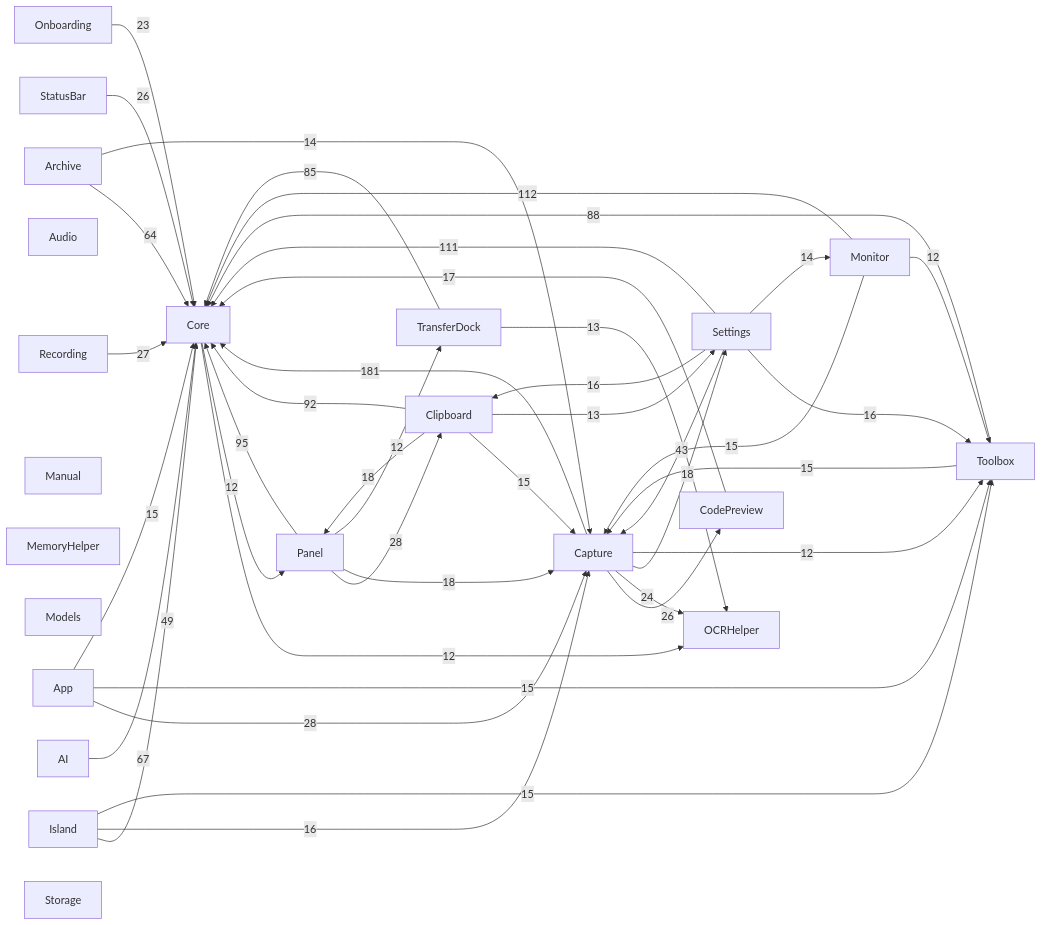
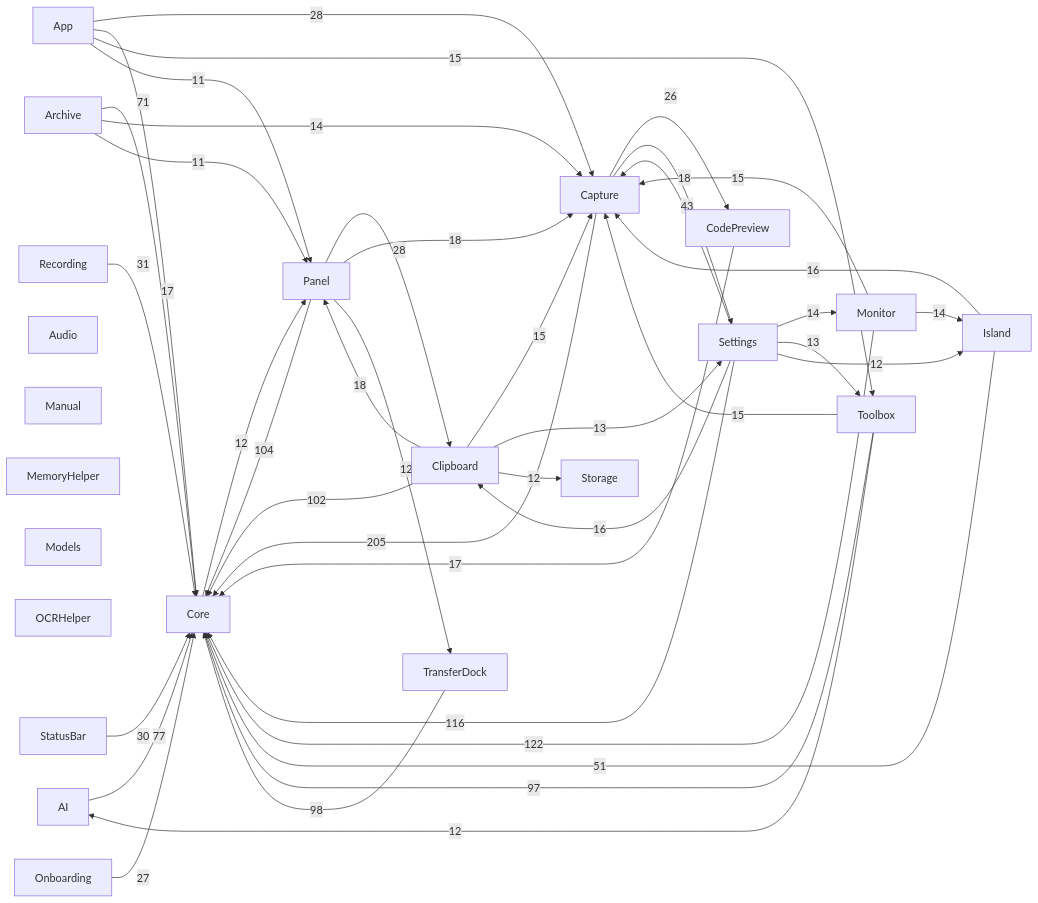
One commit to sxyq/Kitnest changed the diagram in docs/00-总览/模块依赖图.md. Above: the diagram before and after it, drawn with Mermaid. The commit also changed other lines of this file and 12 other files, not shown here.

````diff
--- a/docs/00-总览/模块依赖图.md
+++ b/docs/00-总览/模块依赖图.md
@@ -36,65 +36,65 @@
 ```mermaid
 flowchart LR
   M0["AI"]
   M1["App"]
   M2["Archive"]
   M3["Audio"]
   M4["Capture"]
   M5["Clipboard"]
   M6["CodePreview"]
   M7["Core"]
   M8["Island"]
   M9["Manual"]
   M10["MemoryHelper"]
   M11["Models"]
   M12["Monitor"]
   M13["OCRHelper"]
   M14["Onboarding"]
   M15["Panel"]
   M16["Recording"]
   M17["Settings"]
   M18["StatusBar"]
   M19["Storage"]
   M20["Toolbox"]
   M21["TransferDock"]
-  M4 -->|181| M7
-  M12 -->|112| M7
-  M17 -->|111| M7
-  M15 -->|95| M7
-  M5 -->|92| M7
-  M20 -->|88| M7
-  M21 -->|85| M7
-  M0 -->|67| M7
-  M2 -->|64| M7
-  M8 -->|49| M7
+  M4 -->|205| M7
+  M12 -->|122| M7
+  M17 -->|116| M7
+  M15 -->|104| M7
+  M5 -->|102| M7
+  M21 -->|98| M7
+  M20 -->|97| M7
+  M0 -->|77| M7
+  M2 -->|71| M7
+  M8 -->|51| M7
   M17 -->|43| M4
+  M16 -->|31| M7
+  M18 -->|30| M7
   M1 -->|28| M4
   M15 -->|28| M5
-  M16 -->|27| M7
+  M14 -->|27| M7
   M4 -->|26| M6
-  M18 -->|26| M7
-  M4 -->|24| M13
-  M14 -->|23| M7
   M4 -->|18| M17
+  M5 -->|18| M15
   M15 -->|18| M4
-  M5 -->|18| M15
+  M1 -->|17| M7
   M6 -->|17| M7
-  M17 -->|16| M20
+  M8 -->|16| M4
   M17 -->|16| M5
-  M8 -->|16| M4
   M1 -->|15| M20
-  M1 -->|15| M7
+  M5 -->|15| M4
   M12 -->|15| M4
   M20 -->|15| M4
-  M8 -->|15| M20
-  M5 -->|15| M4
+  M2 -->|14| M4
+  M12 -->|14| M8
   M17 -->|14| M12
-  M2 -->|14| M4
-  M21 -->|13| M13
   M5 -->|13| M17
-  M7 -->|12| M13
+  M17 -->|13| M20
   M7 -->|12| M15
-  M4 -->|12| M20
-  M12 -->|12| M20
+  M5 -->|12| M19
   M15 -->|12| M21
+  M17 -->|12| M8
+  M20 -->|12| M0
+  M1 -->|11| M15
+  M2 -->|11| M15
 ```
````
